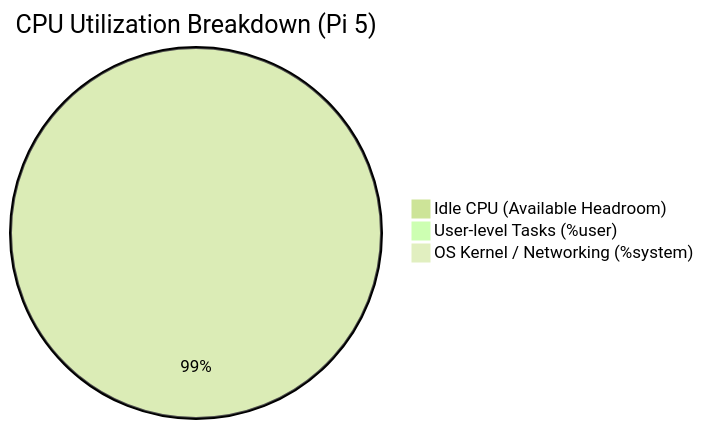
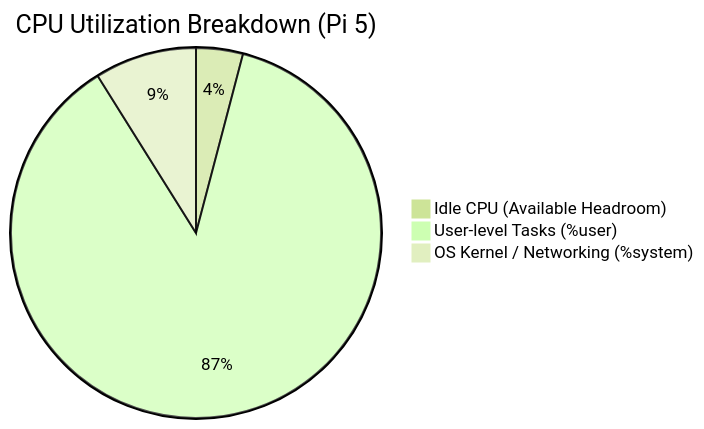
One commit to ppn-systems/Nalix changed the first of 2 diagrams in reports/DDOS_CONTROL_STRESS_REPORT.md. Above: the diagram before and after it, drawn with Mermaid (forest theme). The commit also changed other lines of this file, not shown here.

First line of the commit message:
Update CPU analysis in DDOS_CONTROL_STRESS_REPORT.md

````diff
--- a/reports/DDOS_CONTROL_STRESS_REPORT.md
+++ b/reports/DDOS_CONTROL_STRESS_REPORT.md
@@ -81,6 +81,6 @@
 ```mermaid
 pie title CPU Utilization Breakdown (Pi 5)
-    "Idle CPU (Available Headroom)" : 99.00
-    "User-level Tasks (%user)" : 0.75
-    "OS Kernel / Networking (%system)" : 0.25
+    "Idle CPU (Available Headroom)" : 4.09
+    "User-level Tasks (%user)" : 87.01
+    "OS Kernel / Networking (%system)" : 8.90
 ```
````
